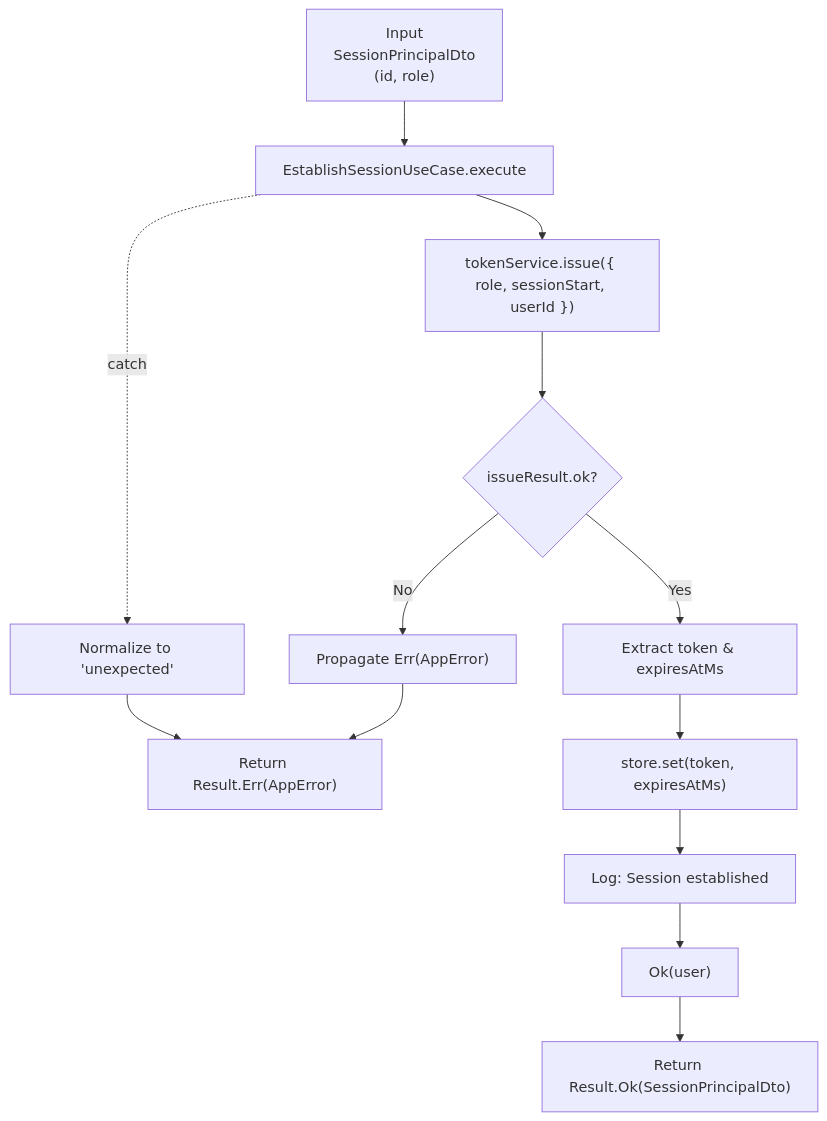
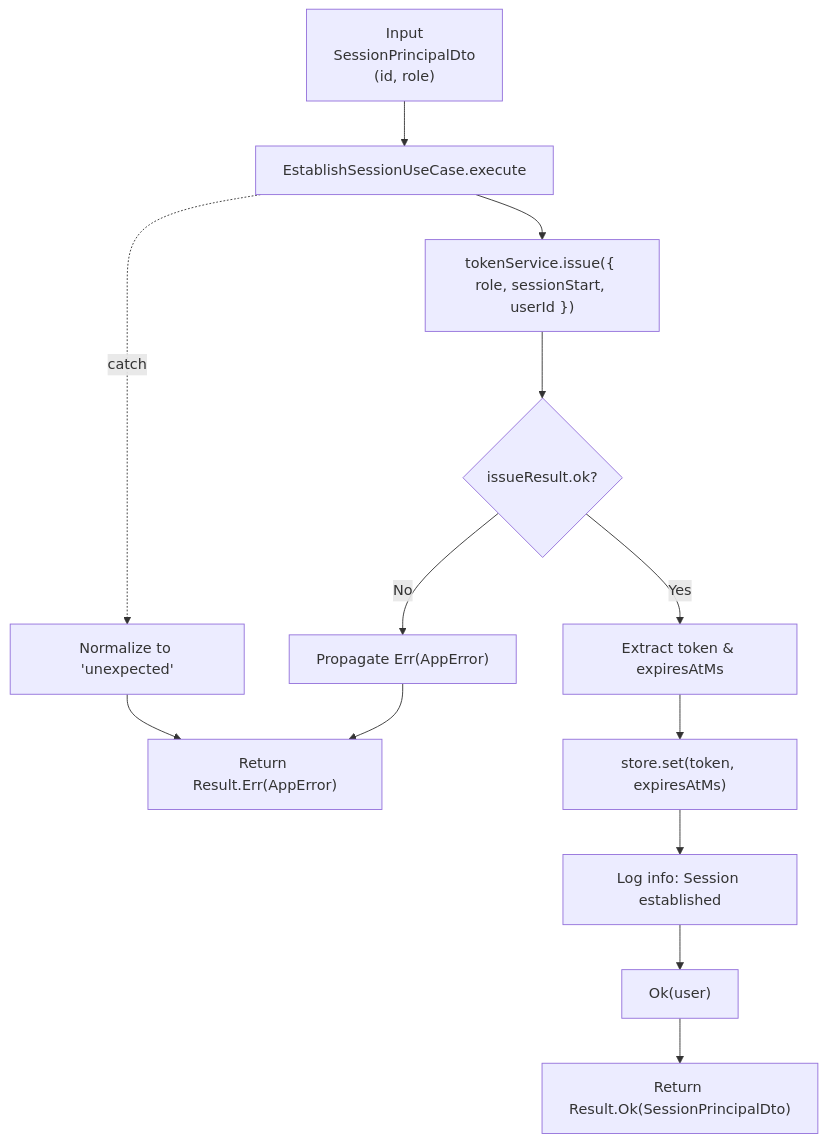
The ninth of 12 diagrams in src/modules/auth/server/infrastructure/db/dal/README.md (andrewpetersondev/nextjs-dashboard), drawn with Mermaid before and after one commit. The commit also changed other lines of this file, not shown here.

Commit message:
docs: update flowcharts and sequence diagrams for DAL and LoginUseCase

````diff
--- a/src/modules/auth/server/infrastructure/db/dal/README.md
+++ b/src/modules/auth/server/infrastructure/db/dal/README.md
@@ -369,28 +368,28 @@
 ```mermaid
 flowchart TD
 %% Inputs
   A["Input<br/>SessionPrincipalDto<br/>(id, role)"] --> B[EstablishSessionUseCase.execute]
 
 %% Token Generation
   B --> C["tokenService.issue({ role, sessionStart, userId })"]
 
 %% Issue Result Decision
   C --> D{"issueResult.ok?"}
 
 %% Token Error path
   D -->|No| E["Propagate Err(AppError)"]
   E --> Z["Return Result.Err(AppError)"]
 
 %% Success path: Persistence
   D -->|Yes| F["Extract token & expiresAtMs"]
   F --> G["store.set(token, expiresAtMs)"]
 
 %% Completion
-  G --> H["Log: Session established"]
+  G --> H["Log info: Session established"]
   H --> I["Ok(user)"]
   I --> Z1["Return Result.Ok(SessionPrincipalDto)"]
 
 %% Catch block
   B -. catch .-> J["Normalize to 'unexpected'"]
   J --> Z
 ```
````
